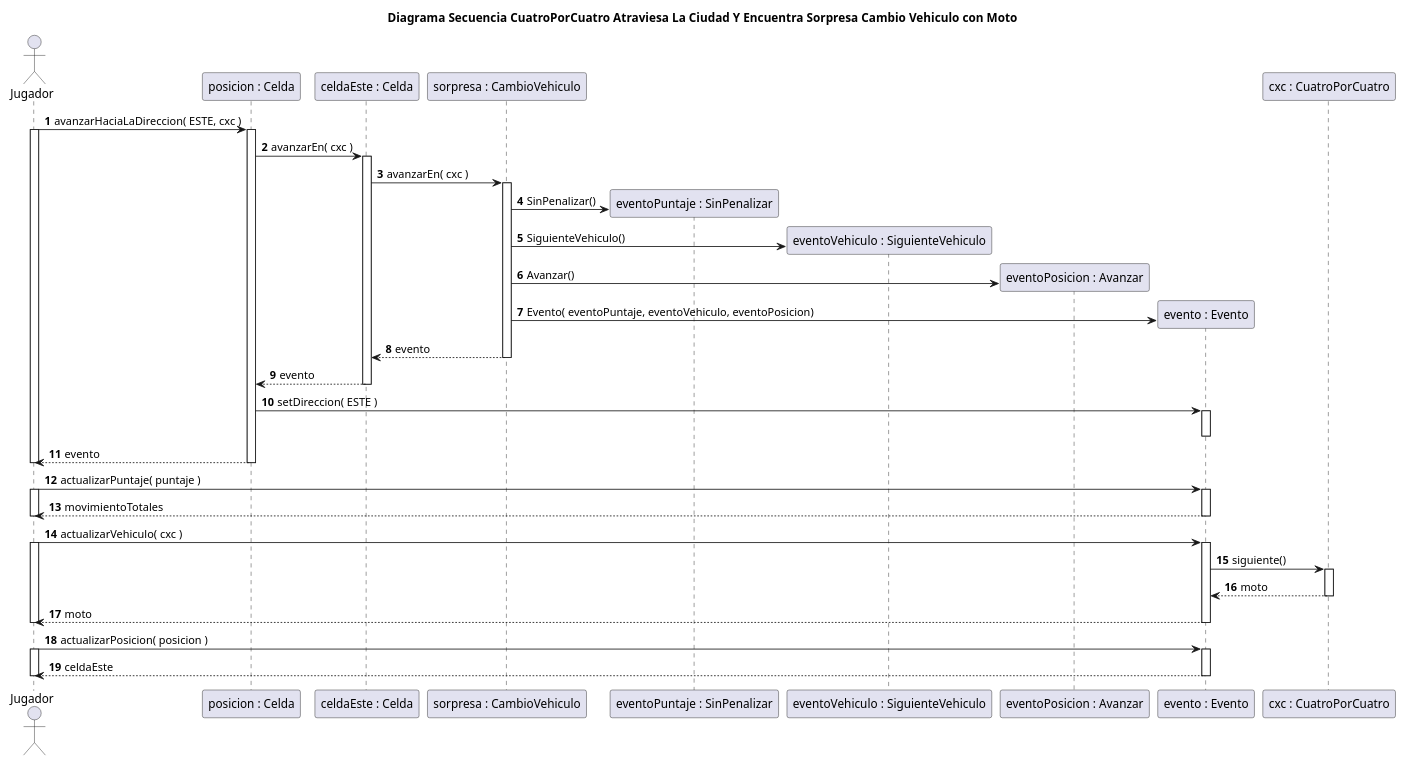
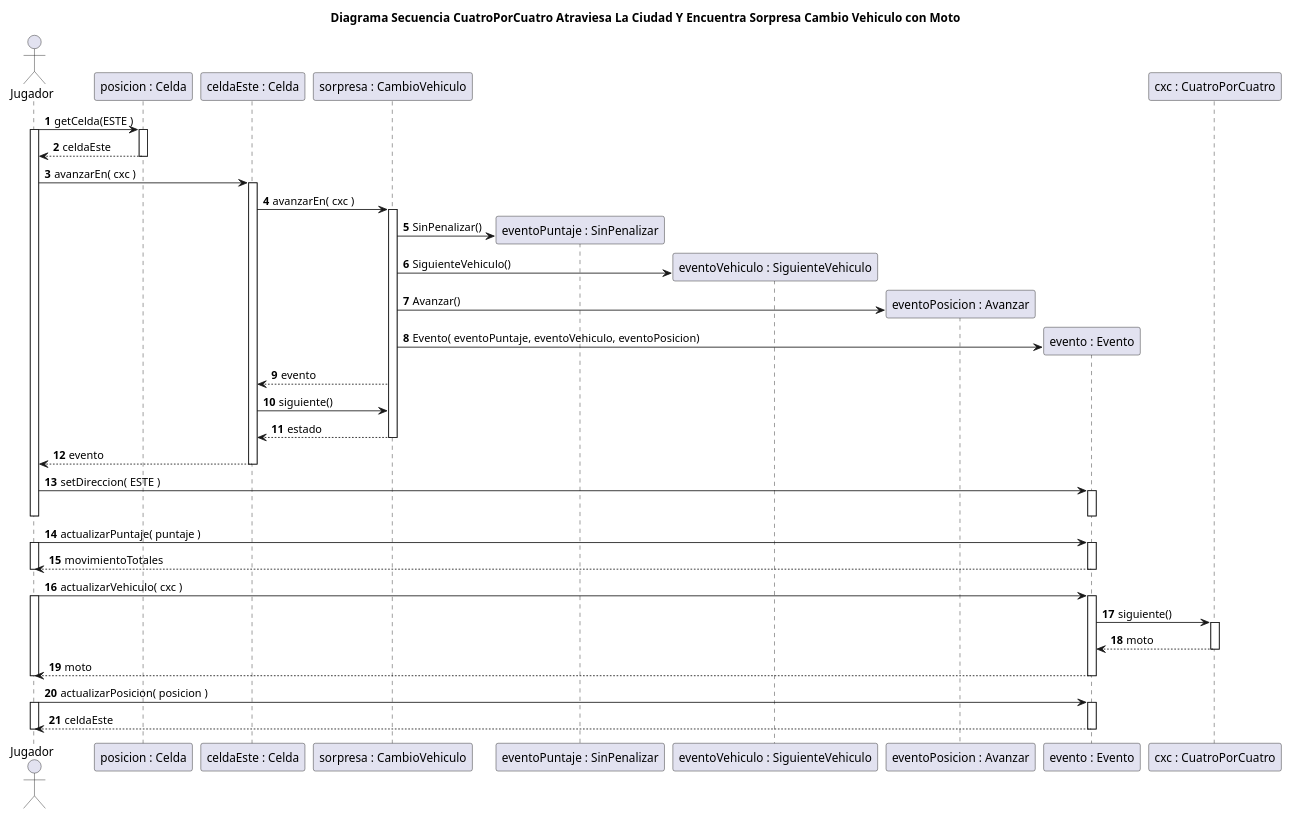
Before and after one commit to rodrigovzq/algo3_tp2: the diagram in diagrams/sequences/entrega2/Caso4x4AtraviesaLaCiudadYEncuentraSorpresaCambioVehiculoConMoto.puml, drawn with PlantUML. The commit also changed 10 other files, not shown here.

```diff
--- a/diagrams/sequences/entrega2/Caso4x4AtraviesaLaCiudadYEncuentraSorpresaCambioVehiculoConMoto.puml
+++ b/diagrams/sequences/entrega2/Caso4x4AtraviesaLaCiudadYEncuentraSorpresaCambioVehiculoConMoto.puml
@@ -1,58 +1,58 @@
 @startuml
 title Diagrama Secuencia CuatroPorCuatro Atraviesa La Ciudad Y Encuentra Sorpresa Cambio Vehiculo con Moto
 
 autonumber
 
 actor Jugador
-
-Jugador -> "posicion : Celda"++: avanzarHaciaLaDireccion( ESTE, cxc )
-
+Jugador -> "posicion : Celda"++: getCelda(ESTE )
 activate Jugador
-"posicion : Celda" -> "celdaEste : Celda"++: avanzarEn( cxc )
+"posicion : Celda" --> Jugador: celdaEste
+deactivate "posicion : Celda"
+ Jugador -> "celdaEste : Celda"++: avanzarEn( cxc )
 
 
 "celdaEste : Celda" -> "sorpresa : CambioVehiculo"++: avanzarEn( cxc )
 
 create "eventoPuntaje : SinPenalizar"
 "sorpresa : CambioVehiculo"-> "eventoPuntaje : SinPenalizar": SinPenalizar()
 
 create "eventoVehiculo : SiguienteVehiculo"
 "sorpresa : CambioVehiculo" -> "eventoVehiculo : SiguienteVehiculo": SiguienteVehiculo()
 
 create "eventoPosicion : Avanzar"
 "sorpresa : CambioVehiculo"  -> "eventoPosicion : Avanzar": Avanzar()
 
 create "evento : Evento"
 "sorpresa : CambioVehiculo"  -> "evento : Evento": Evento( eventoPuntaje, eventoVehiculo, eventoPosicion)
 
 
-"sorpresa : CambioVehiculo" --> "celdaEste : Celda"--: evento
-
-"celdaEste : Celda" --> "posicion : Celda": evento
+"sorpresa : CambioVehiculo" --> "celdaEste : Celda": evento
+"celdaEste : Celda" -> "sorpresa : CambioVehiculo": siguiente()
+"sorpresa : CambioVehiculo" --> "celdaEste : Celda"--: estado
+"celdaEste : Celda" --> Jugador: evento
 deactivate "celdaEste : Celda"
 
 
-"posicion : Celda" -> "evento : Evento"++: setDireccion( ESTE )
+Jugador -> "evento : Evento"++: setDireccion( ESTE )
 deactivate "evento : Evento"
-"posicion : Celda" --> Jugador--: evento
 deactivate Jugador
 
 Jugador -> "evento : Evento"++: actualizarPuntaje( puntaje )
 activate Jugador
 Jugador <-- "evento : Evento"--: movimientoTotales
 deactivate Jugador
 
 Jugador -> "evento : Evento"++: actualizarVehiculo( cxc )
 activate Jugador
 "evento : Evento" -> "cxc : CuatroPorCuatro"++: siguiente()
  "cxc : CuatroPorCuatro" --> "evento : Evento"--: moto
 
 Jugador <-- "evento : Evento"--: moto
 deactivate Jugador
 
 Jugador -> "evento : Evento"++: actualizarPosicion( posicion )
 activate Jugador
 Jugador <-- "evento : Evento"--: celdaEste
 deactivate Jugador
 
 @enduml
```
